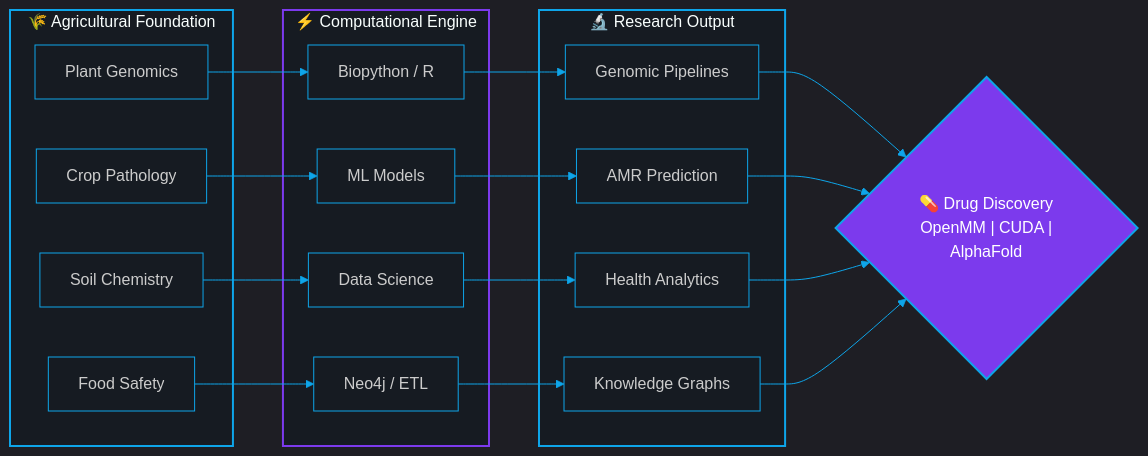
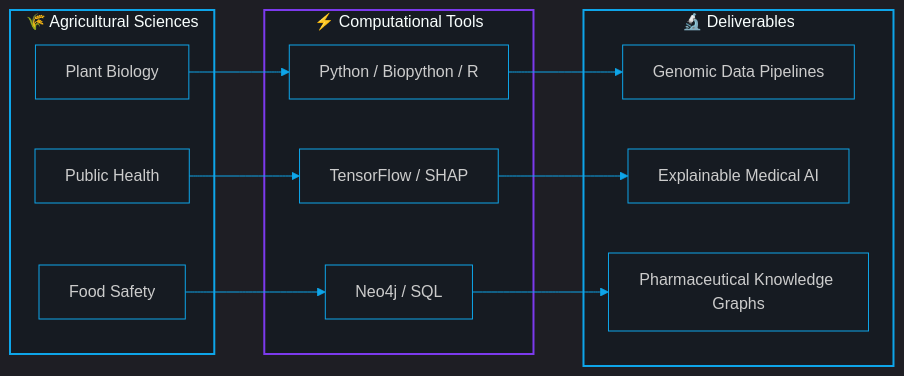
Before and after one commit to HassanAhmed2Ha/HassanAhmed2Ha: the diagram in README.md, drawn with Mermaid. The commit also changed other lines of this file, not shown here.

````diff
--- a/README.md
+++ b/README.md
@@ -227,41 +252,29 @@
 ```mermaid
-%%{init: {'theme': 'dark', 'themeVariables': {'primaryColor': '#7C3AED', 'primaryTextColor': '#C9D1D9', 'primaryBorderColor': '#0EA5E9', 'lineColor': '#0EA5E9', 'secondaryColor': '#0D1117', 'tertiaryColor': '#161B22', 'background': '#0D1117', 'mainBkg': '#161B22', 'nodeBorder': '#0EA5E9', 'clusterBkg': '#0D1117', 'clusterBorder': '#7C3AED', 'edgeLabelBackground': '#0D1117'}}}%%
+%%{init: {'theme': 'dark', 'themeVariables': {'primaryColor': '#7C3AED', 'primaryTextColor': '#C9D1D9', 'primaryBorderColor': '#0EA5E9', 'lineColor': '#0EA5E9', 'secondaryColor': '#0D1117', 'tertiaryColor': '#161B22', 'background': '#0D1117', 'mainBkg': '#161B22', 'nodeBorder': '#0EA5E9', 'clusterBkg': '#0D1117', 'clusterBorder': '#7C3AED'}}}%%
 flowchart LR
-    subgraph DOMAIN["🌾 Agricultural Foundation"]
-        A["Plant Genomics"]
-        B["Crop Pathology"]
-        C["Soil Chemistry"]
-        D["Food Safety"]
+    subgraph DOMAIN["🌾 Agricultural Sciences"]
+        A["Plant Biology"]
+        B["Public Health"]
+        C["Food Safety"]
     end
 
-    subgraph COMPUTE["⚡ Computational Engine"]
-        E["Biopython / R"]
-        F["ML Models"]
-        G["Data Science"]
-        H["Neo4j / ETL"]
+    subgraph TOOLS["⚡ Computational Tools"]
+        D["Python / Biopython / R"]
+        E["TensorFlow / SHAP"]
+        F["Neo4j / SQL"]
     end
 
-    subgraph OUTPUT["🔬 Research Output"]
-        I["Genomic Pipelines"]
-        J["AMR Prediction"]
-        K["Health Analytics"]
-        L["Knowledge Graphs"]
+    subgraph OUTPUT["🔬 Deliverables"]
+        G["Genomic Data Pipelines"]
+        H["Explainable Medical AI"]
+        I["Pharmaceutical Knowledge Graphs"]
     end
 
-    A --> E --> I
-    B --> F --> J
-    C --> G --> K
-    D --> H --> L
-
-    I --> M
-    J --> M
-    K --> M
-    L --> M
-
-    M{"💊 Drug Discovery\n OpenMM | CUDA | AlphaFold"}
+    A --> D --> G
+    B --> E --> H
+    C --> F --> I
 
     style DOMAIN fill:#161B22,stroke:#0EA5E9,stroke-width:2px
-    style COMPUTE fill:#161B22,stroke:#7C3AED,stroke-width:2px
+    style TOOLS fill:#161B22,stroke:#7C3AED,stroke-width:2px
     style OUTPUT fill:#161B22,stroke:#0EA5E9,stroke-width:2px
-    style M fill:#7C3AED,stroke:#0EA5E9,stroke-width:2px,color:#ffffff
 ```
````
